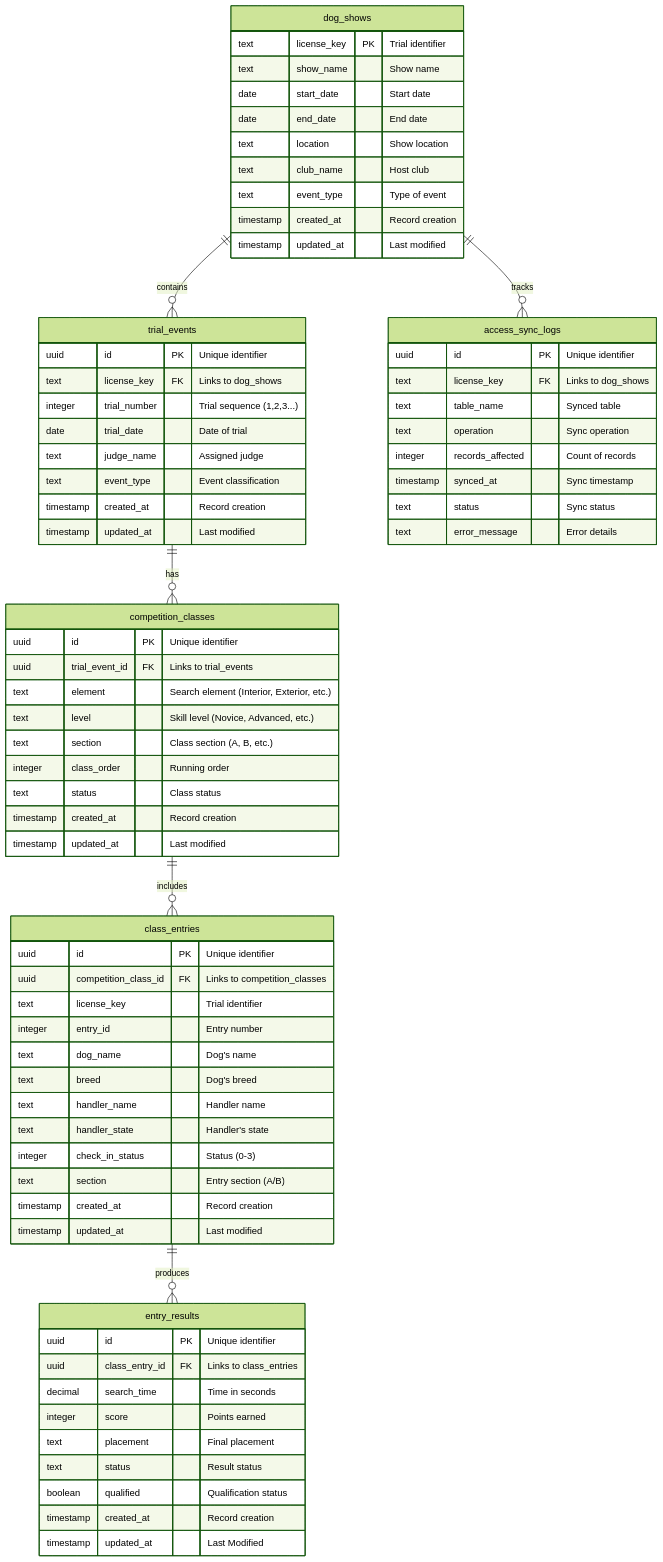
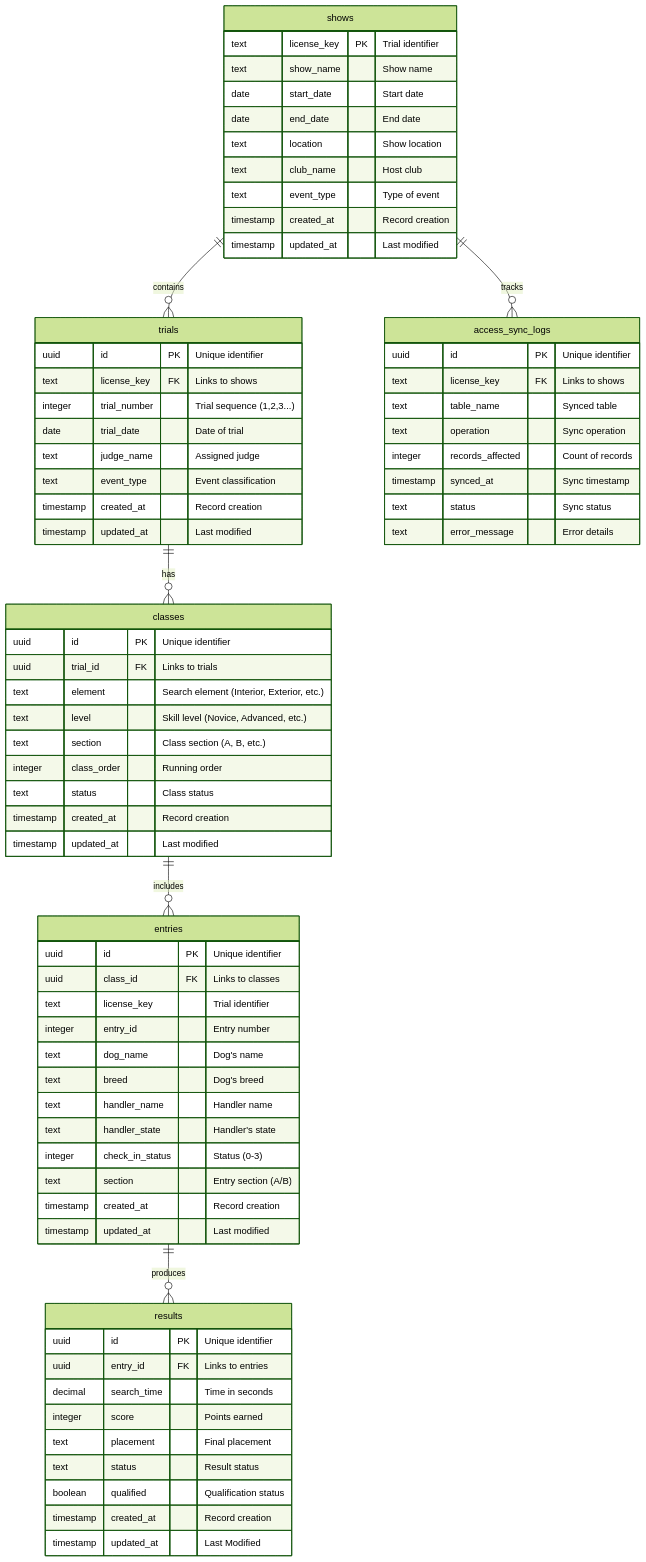
The diagram in docs/database-relationships-diagram.md (rbeezley/myK9Q-React), drawn with Mermaid (forest theme) before and after one commit. The commit also changed other lines of this file and 79 other files, not shown here.

````diff
--- a/docs/database-relationships-diagram.md
+++ b/docs/database-relationships-diagram.md
@@ -5,81 +5,81 @@
 ```mermaid
 erDiagram
-    dog_shows ||--o{ trial_events : "contains"
-    trial_events ||--o{ competition_classes : "has"
-    competition_classes ||--o{ class_entries : "includes"
-    class_entries ||--o{ entry_results : "produces"
-    dog_shows ||--o{ access_sync_logs : "tracks"
+    shows ||--o{ trials : "contains"
+    trials ||--o{ classes : "has"
+    classes ||--o{ entries : "includes"
+    entries ||--o{ results : "produces"
+    shows ||--o{ access_sync_logs : "tracks"
 
-    dog_shows {
+    shows {
         text license_key PK "Trial identifier"
         text show_name "Show name"
         date start_date "Start date"
         date end_date "End date"
         text location "Show location"
         text club_name "Host club"
         text event_type "Type of event"
         timestamp created_at "Record creation"
         timestamp updated_at "Last modified"
     }
 
-    trial_events {
+    trials {
         uuid id PK "Unique identifier"
-        text license_key FK "Links to dog_shows"
+        text license_key FK "Links to shows"
         integer trial_number "Trial sequence (1,2,3...)"
         date trial_date "Date of trial"
         text judge_name "Assigned judge"
         text event_type "Event classification"
         timestamp created_at "Record creation"
         timestamp updated_at "Last modified"
     }
 
-    competition_classes {
+    classes {
         uuid id PK "Unique identifier"
-        uuid trial_event_id FK "Links to trial_events"
+        uuid trial_id FK "Links to trials"
         text element "Search element (Interior, Exterior, etc.)"
         text level "Skill level (Novice, Advanced, etc.)"
         text section "Class section (A, B, etc.)"
         integer class_order "Running order"
         text status "Class status"
         timestamp created_at "Record creation"
         timestamp updated_at "Last modified"
     }
 
-    class_entries {
+    entries {
         uuid id PK "Unique identifier"
-        uuid competition_class_id FK "Links to competition_classes"
+        uuid class_id FK "Links to classes"
         text license_key "Trial identifier"
         integer entry_id "Entry number"
         text dog_name "Dog's name"
         text breed "Dog's breed"
         text handler_name "Handler name"
         text handler_state "Handler's state"
         integer check_in_status "Status (0-3)"
         text section "Entry section (A/B)"
         timestamp created_at "Record creation"
         timestamp updated_at "Last modified"
     }
 
-    entry_results {
+    results {
         uuid id PK "Unique identifier"
-        uuid class_entry_id FK "Links to class_entries"
+        uuid entry_id FK "Links to entries"
         decimal search_time "Time in seconds"
         integer score "Points earned"
         text placement "Final placement"
         text status "Result status"
         boolean qualified "Qualification status"
         timestamp created_at "Record creation"
         timestamp updated_at "Last Modified"
     }
 
     access_sync_logs {
         uuid id PK "Unique identifier"
-        text license_key FK "Links to dog_shows"
+        text license_key FK "Links to shows"
         text table_name "Synced table"
         text operation "Sync operation"
         integer records_affected "Count of records"
         timestamp synced_at "Sync timestamp"
         text status "Sync status"
         text error_message "Error details"
     }
 ```
````
